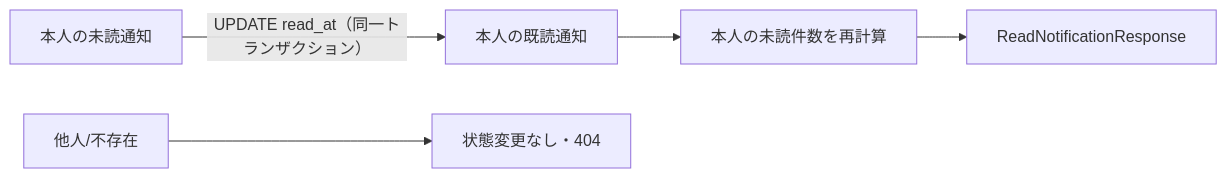
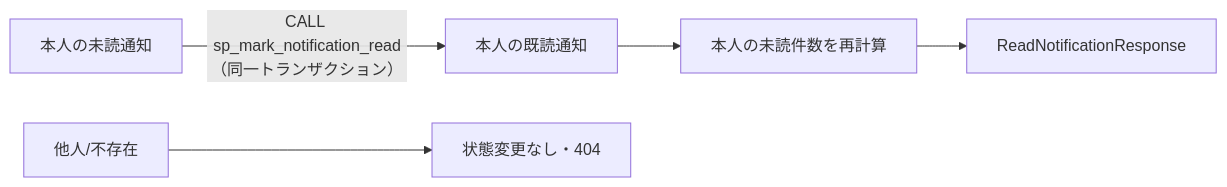
The fourth of 4 diagrams in detailed_design/api/notifications/03_patch_notification_read.md (oikawa-d/task_management), drawn with Mermaid before and after one commit. The commit also changed other lines of this file and 58 other files, not shown here.

````diff
--- a/detailed_design/api/notifications/03_patch_notification_read.md
+++ b/detailed_design/api/notifications/03_patch_notification_read.md
@@ -156,7 +156,7 @@
 ```mermaid
 flowchart LR
-    A["本人の未読通知"] -->|"UPDATE read_at（同一トランザクション）"| B["本人の既読通知"]
+    A["本人の未読通知"] -->|"CALL sp_mark_notification_read（同一トランザクション）"| B["本人の既読通知"]
     B --> C["本人の未読件数を再計算"]
     C --> D["ReadNotificationResponse"]
     E["他人/不存在"] --> F["状態変更なし・404"]
 ```
````
